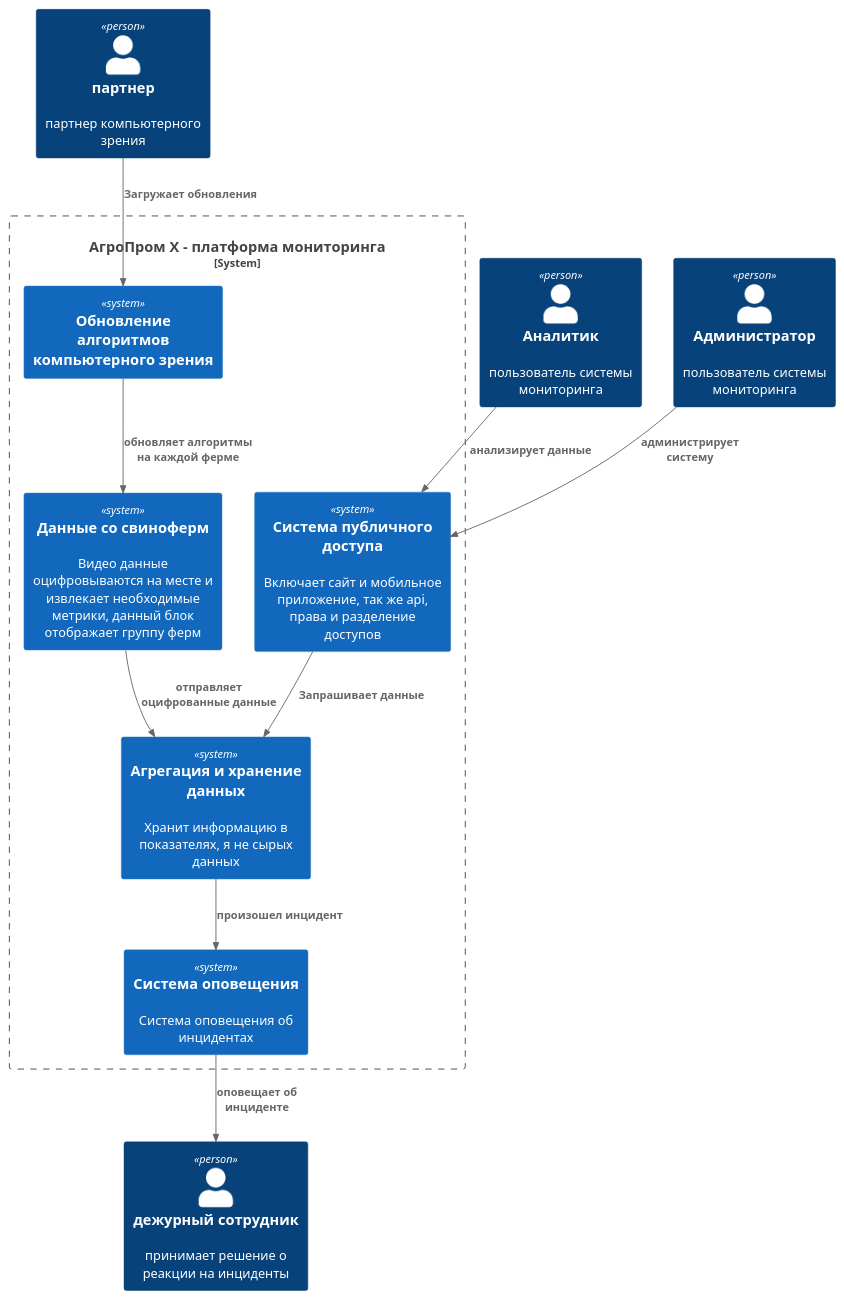
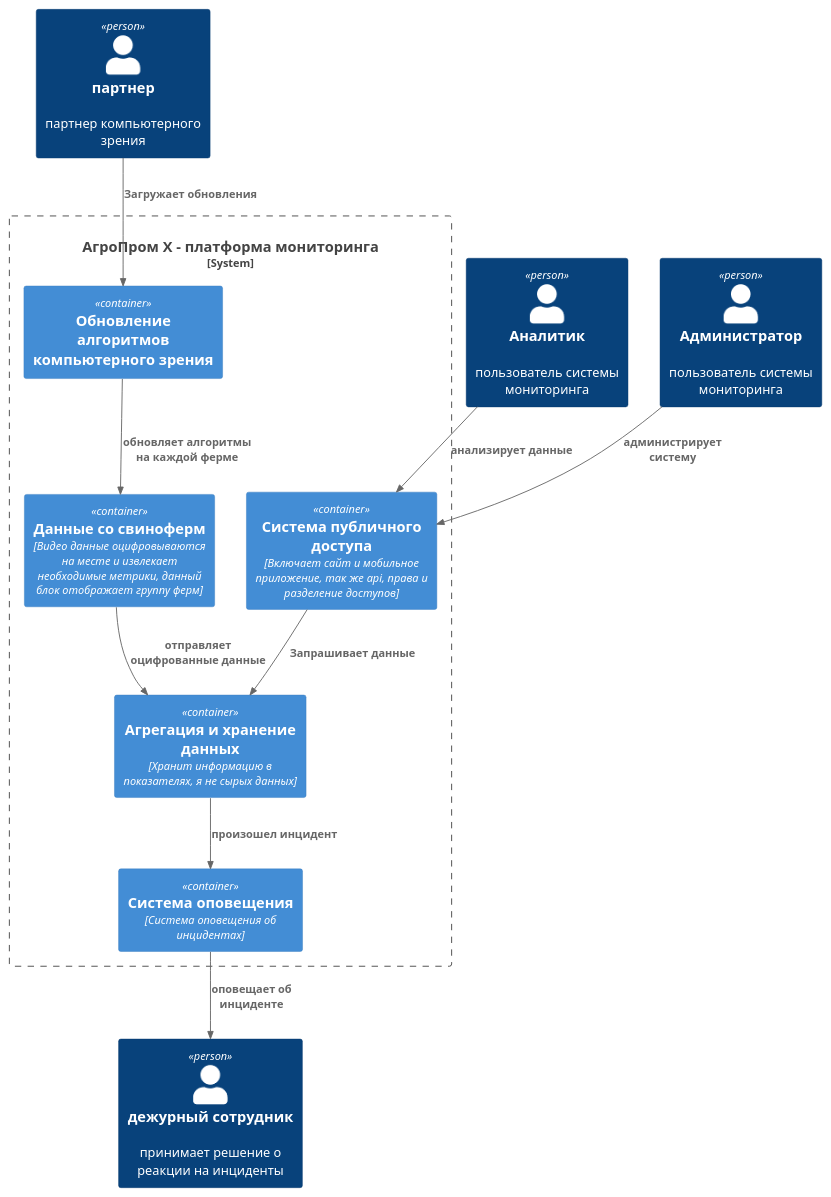
One commit to AntonKisselev/MSA-AgroTech changed the diagram in Task1/C1 monitoring.puml. Above: the diagram before and after it, drawn with PlantUML. The commit also changed 4 other files, not shown here.

```diff
--- a/Task1/C1 monitoring.puml
+++ b/Task1/C1 monitoring.puml
@@ -1,26 +1,26 @@
 @startuml MVP_Мониторинг_C1_основной
 
 !include https://raw.githubusercontent.com/plantuml-stdlib/C4-PlantUML/master/C4_Container.puml
 
 Person(партнер, "партнер", "партнер компьютерного зрения")
 Person(дежурный, "дежурный сотрудник", "принимает решение о реакции на инциденты")
 Person(аналитик, "Аналитик", "пользователь системы мониторинга")
 Person(админ, "Администратор", "пользователь системы мониторинга")
 
 System_Boundary(платформа, "АгроПром Х - платформа мониторинга") {
-    System(данные_со_свиноферм, "Данные со свиноферм","Видео данные оцифровываются на месте и извлекает необходимые метрики, данный блок отображает группу ферм")
-    System(шина, "Агрегация и хранение данных", "Хранит информацию в показателях, я не сырых данных")
-    System(обновление_зрения, "Обновление алгоритмов компьютерного зрения", "")
-    System(оповещения, "Система оповещения", "Система оповещения об инцидентах")
-    System(фронт_системы, "Система публичного доступа", "Включает сайт и мобильное приложение, так же api, права и разделение доступов")
+    Container(данные_со_свиноферм, "Данные со свиноферм","Видео данные оцифровываются на месте и извлекает необходимые метрики, данный блок отображает группу ферм")
+    Container(шина, "Агрегация и хранение данных", "Хранит информацию в показателях, я не сырых данных")
+    Container(обновление_зрения, "Обновление алгоритмов компьютерного зрения", "")
+    Container(оповещения, "Система оповещения", "Система оповещения об инцидентах")
+    Container(фронт_системы, "Система публичного доступа", "Включает сайт и мобильное приложение, так же api, права и разделение доступов")
 
 }
 Rel(данные_со_свиноферм, шина, "отправляет оцифрованные данные")
 Rel(партнер, обновление_зрения, "Загружает обновления")
 Rel(обновление_зрения, данные_со_свиноферм, "обновляет алгоритмы на каждой ферме")
 Rel(оповещения, дежурный, "оповещает об инциденте")
 Rel(шина, оповещения, "произошел инцидент")
 Rel(фронт_системы, шина, "Запрашивает данные")
 Rel(аналитик, фронт_системы, "анализирует данные")
 Rel(админ, фронт_системы, "администрирует систему")
 @enduml
```
